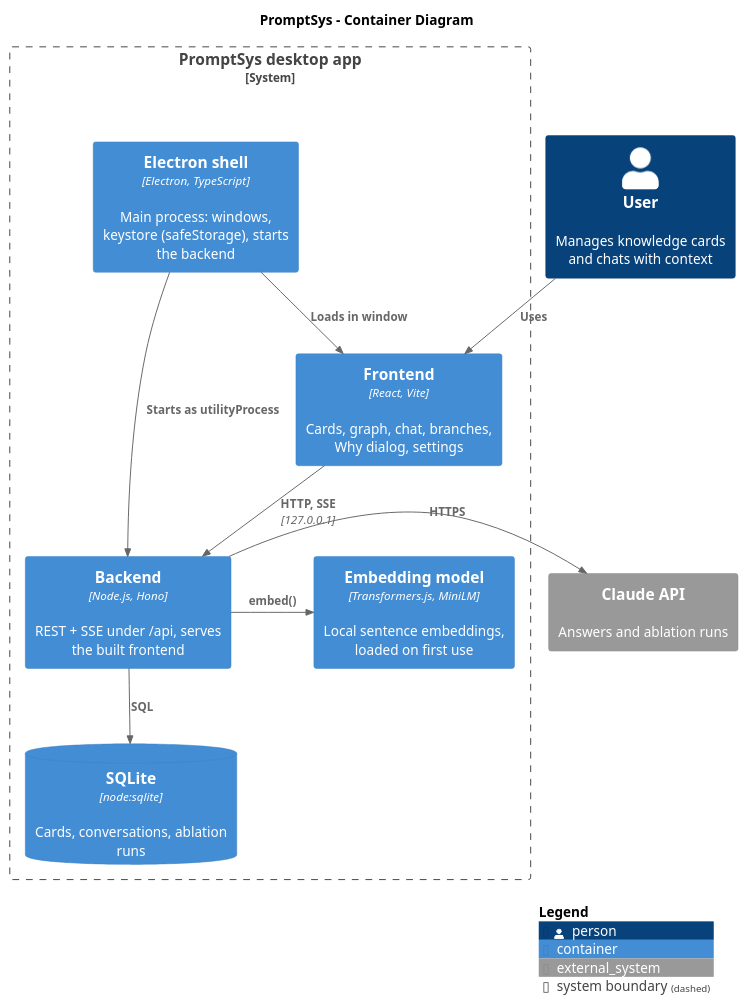
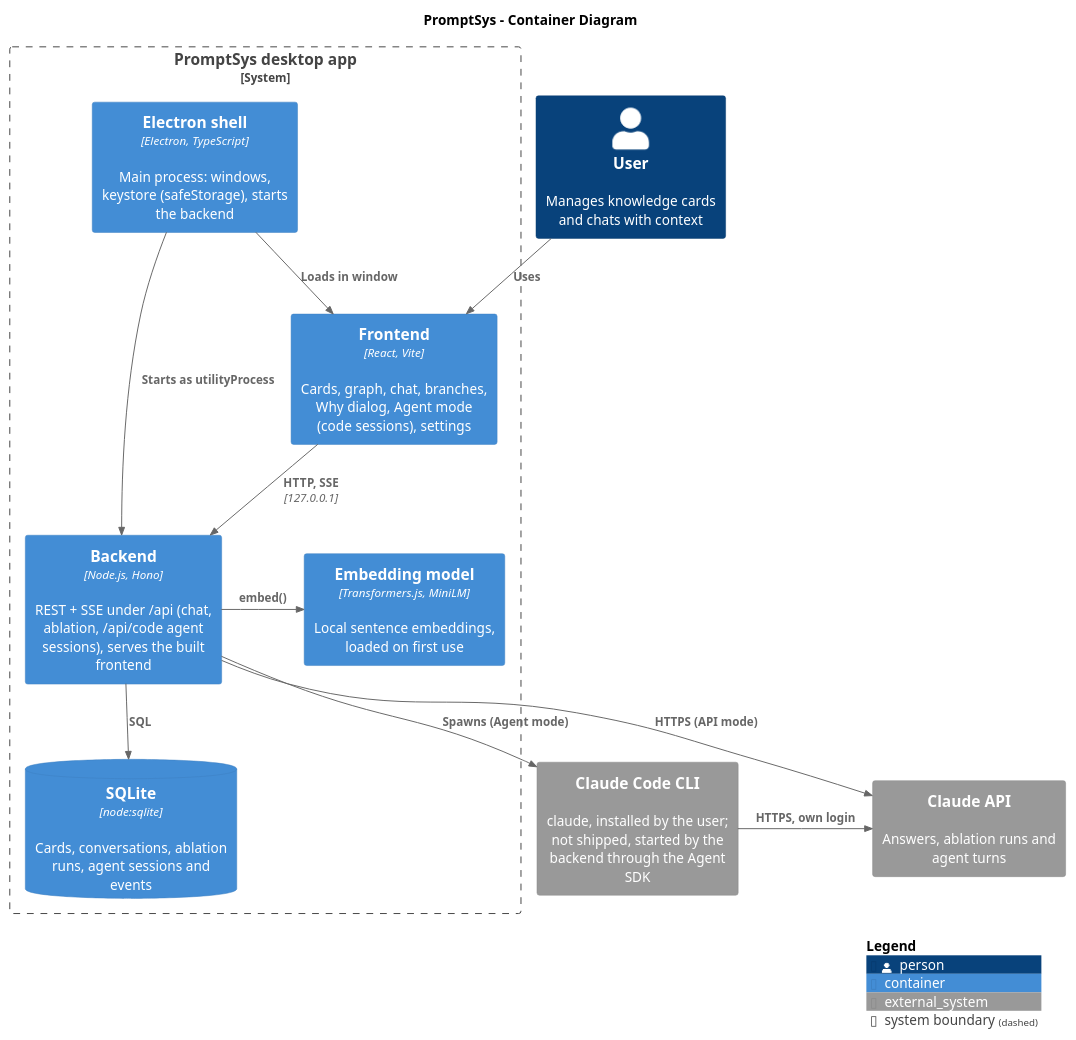
One commit to enessosa/PromptSys changed the diagram in docs/diagrams/architecture-c4.puml. Above: the diagram before and after it, drawn with PlantUML. The commit also changed 12 other files, not shown here.

First line of the commit message:
Update architecture diagrams for Agent mode

```diff
--- a/docs/diagrams/architecture-c4.puml
+++ b/docs/diagrams/architecture-c4.puml
@@ -1,27 +1,30 @@
 @startuml architecture-c4
 !include <C4/C4_Container>
 
 title PromptSys - Container Diagram
 
 Person(user, "User", "Manages knowledge cards and chats with context")
 
 System_Boundary(desk, "PromptSys desktop app") {
   Container(shell, "Electron shell", "Electron, TypeScript", "Main process: windows, keystore (safeStorage), starts the backend")
-  Container(spa, "Frontend", "React, Vite", "Cards, graph, chat, branches, Why dialog, settings")
-  Container(api, "Backend", "Node.js, Hono", "REST + SSE under /api, serves the built frontend")
-  ContainerDb(db, "SQLite", "node:sqlite", "Cards, conversations, ablation runs")
+  Container(spa, "Frontend", "React, Vite", "Cards, graph, chat, branches, Why dialog, Agent mode (code sessions), settings")
+  Container(api, "Backend", "Node.js, Hono", "REST + SSE under /api (chat, ablation, /api/code agent sessions), serves the built frontend")
+  ContainerDb(db, "SQLite", "node:sqlite", "Cards, conversations, ablation runs, agent sessions and events")
   Container(emb, "Embedding model", "Transformers.js, MiniLM", "Local sentence embeddings, loaded on first use")
 }
 
-System_Ext(claude, "Claude API", "Answers and ablation runs")
+System_Ext(cli, "Claude Code CLI", "claude, installed by the user; not shipped, started by the backend through the Agent SDK")
+System_Ext(claude, "Claude API", "Answers, ablation runs and agent turns")
 
 Rel_D(user, spa, "Uses")
 Rel_R(shell, api, "Starts as utilityProcess")
 Rel_D(shell, spa, "Loads in window")
 Rel_D(spa, api, "HTTP, SSE", "127.0.0.1")
 Rel_D(api, db, "SQL")
 Rel_R(api, emb, "embed()")
-Rel_R(api, claude, "HTTPS")
+Rel_R(api, claude, "HTTPS (API mode)")
+Rel_D(api, cli, "Spawns (Agent mode)")
+Rel_R(cli, claude, "HTTPS, own login")
 
 SHOW_LEGEND()
 @enduml
```
